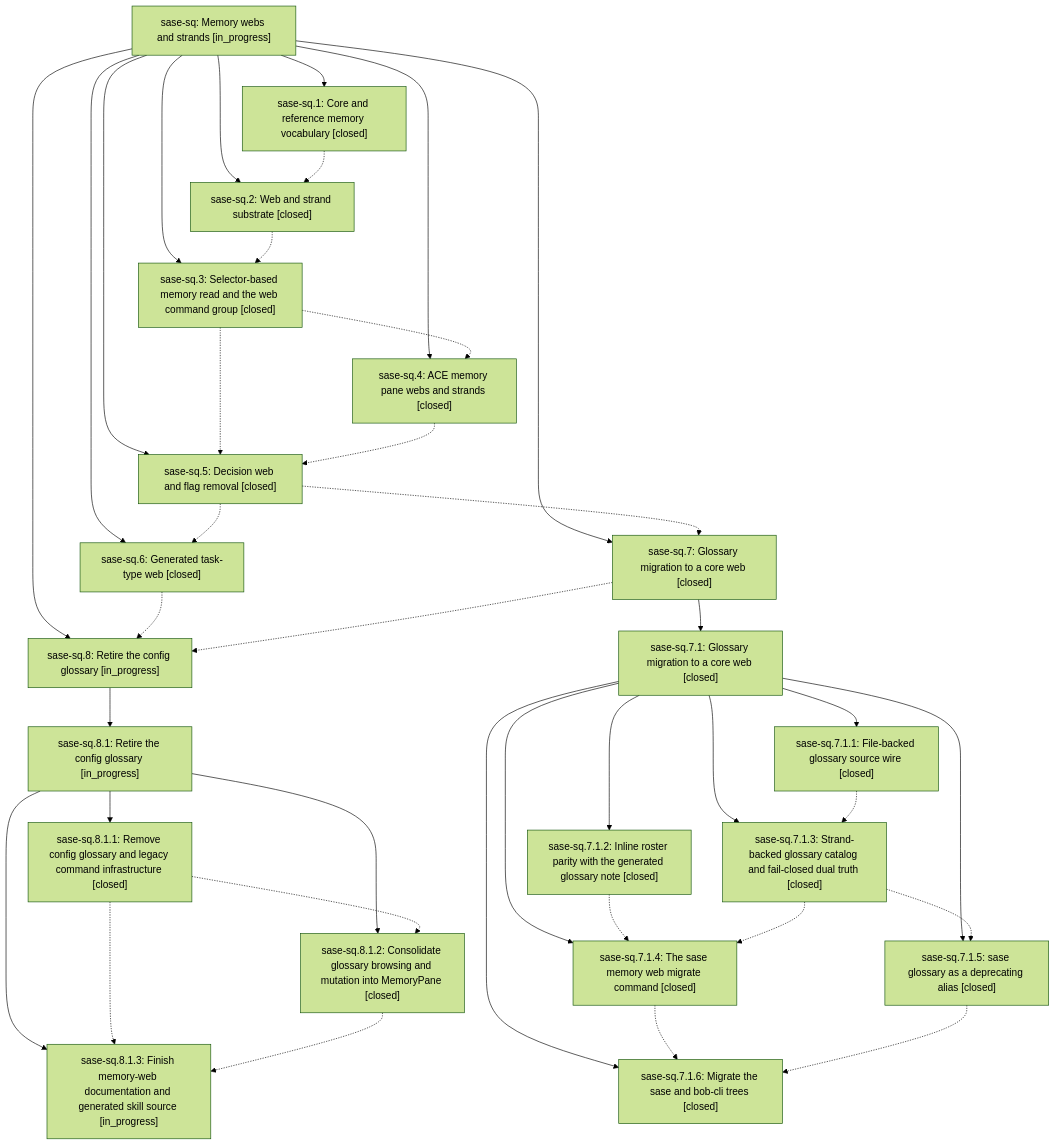
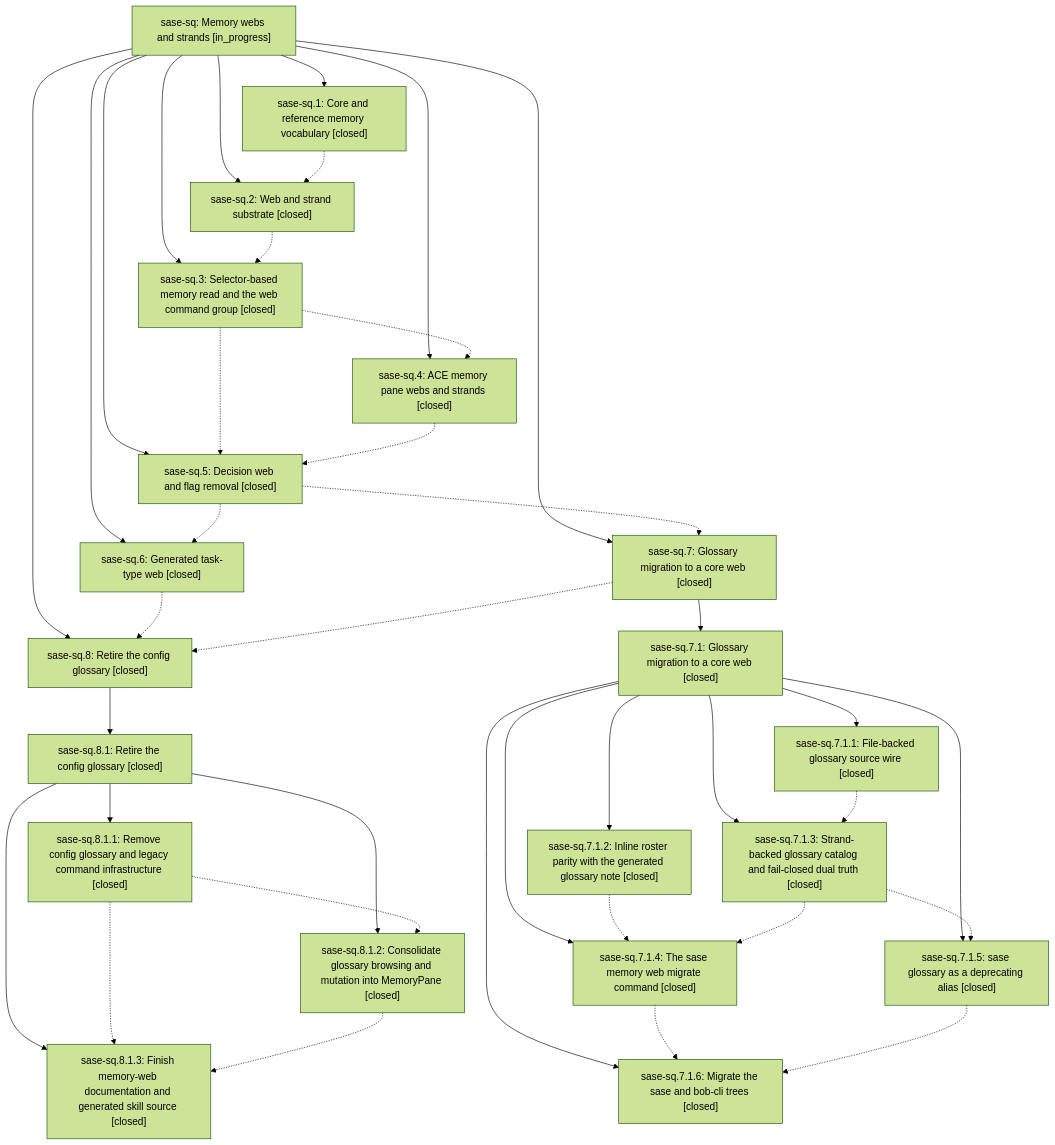
Before and after one commit to sase-org/sase--beads: the diagram in pages/sase-sq/README.md, drawn with Mermaid (forest theme). The commit also changed other lines of this file and 7 other files, not shown here.

````diff
--- a/pages/sase-sq/README.md
+++ b/pages/sase-sq/README.md
@@ -37,60 +37,60 @@
 ```mermaid
 flowchart TD
     n0["sase-sq: Memory webs and strands [in_progress]"]
     n1["sase-sq.1: Core and reference memory vocabulary [closed]"]
     n2["sase-sq.2: Web and strand substrate [closed]"]
     n3["sase-sq.3: Selector-based memory read and the web command group [closed]"]
     n4["sase-sq.4: ACE memory pane webs and strands [closed]"]
     n5["sase-sq.5: Decision web and flag removal [closed]"]
     n6["sase-sq.6: Generated task-type web [closed]"]
     n7["sase-sq.7: Glossary migration to a core web [closed]"]
     n8["sase-sq.7.1: Glossary migration to a core web [closed]"]
     n9["sase-sq.7.1.1: File-backed glossary source wire [closed]"]
     n10["sase-sq.7.1.2: Inline roster parity with the generated glossary note [closed]"]
     n11["sase-sq.7.1.3: Strand-backed glossary catalog and fail-closed dual truth [closed]"]
     n12["sase-sq.7.1.4: The sase memory web migrate command [closed]"]
     n13["sase-sq.7.1.5: sase glossary as a deprecating alias [closed]"]
     n14["sase-sq.7.1.6: Migrate the sase and bob-cli trees [closed]"]
-    n15["sase-sq.8: Retire the config glossary [in_progress]"]
-    n16["sase-sq.8.1: Retire the config glossary [in_progress]"]
+    n15["sase-sq.8: Retire the config glossary [closed]"]
+    n16["sase-sq.8.1: Retire the config glossary [closed]"]
     n17["sase-sq.8.1.1: Remove config glossary and legacy command infrastructure [closed]"]
     n18["sase-sq.8.1.2: Consolidate glossary browsing and mutation into MemoryPane [closed]"]
-    n19["sase-sq.8.1.3: Finish memory-web documentation and generated skill source [in_progress]"]
+    n19["sase-sq.8.1.3: Finish memory-web documentation and generated skill source [closed]"]
     n0 --> n1
     n0 --> n2
     n0 --> n3
     n0 --> n4
     n0 --> n5
     n0 --> n6
     n0 --> n7
     n7 --> n8
     n8 --> n9
     n8 --> n10
     n8 --> n11
     n8 --> n12
     n8 --> n13
     n8 --> n14
     n0 --> n15
     n15 --> n16
     n16 --> n17
     n16 --> n18
     n16 --> n19
     n1 -.-> n2
     n2 -.-> n3
     n3 -.-> n4
     n3 -.-> n5
     n4 -.-> n5
     n5 -.-> n6
     n5 -.-> n7
     n6 -.-> n15
     n7 -.-> n15
     n9 -.-> n11
     n10 -.-> n12
     n11 -.-> n12
     n11 -.-> n13
     n12 -.-> n14
     n13 -.-> n14
     n17 -.-> n18
     n17 -.-> n19
     n18 -.-> n19
 ```
````
